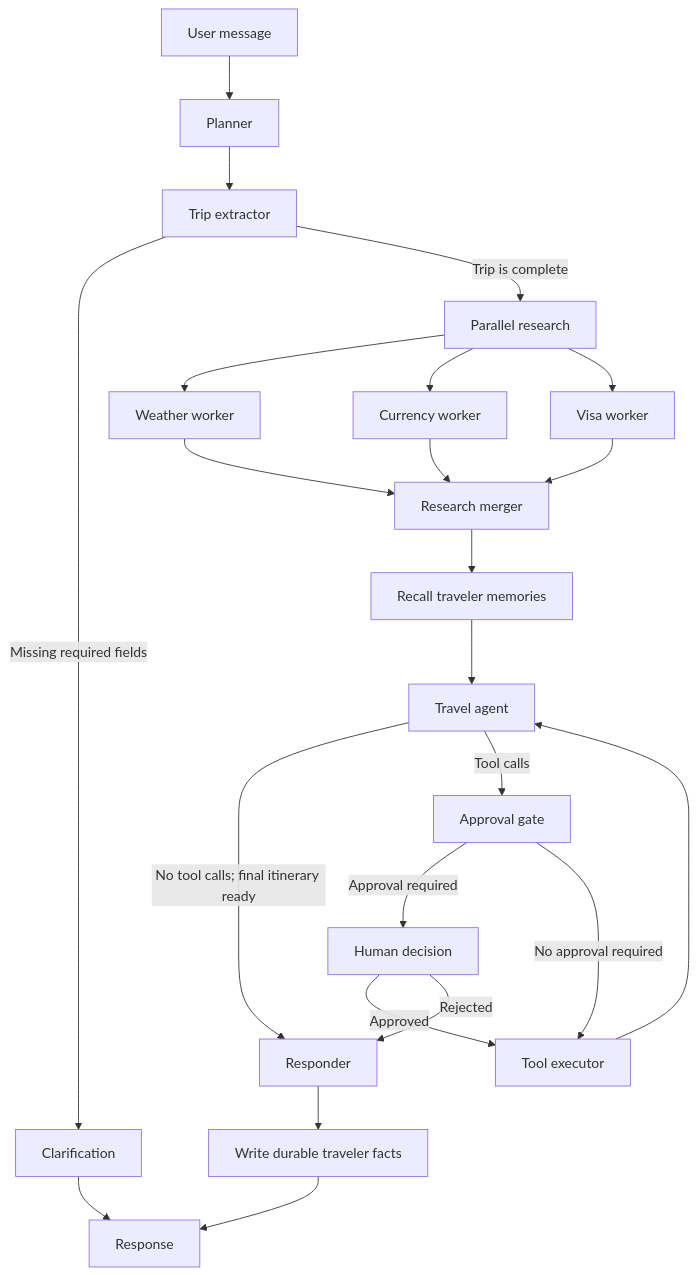
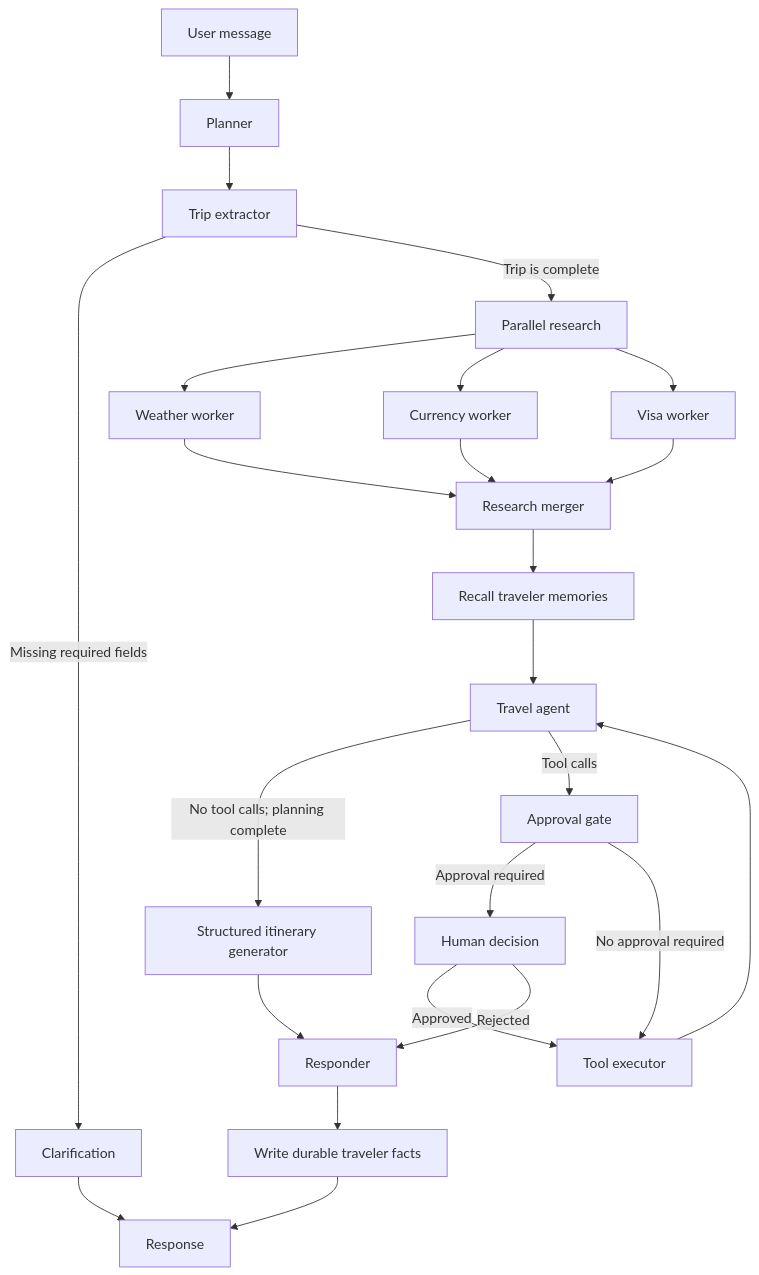
The diagram in README.md (NaimurRahmannn/TravelAI-Agent-v2-LangGraph), drawn with Mermaid before and after one commit. The commit also changed other lines of this file and 26 other files, not shown here.

Commit message:
feat: add structured itinerary foundation

````diff
--- a/README.md
+++ b/README.md
@@ -53,25 +53,26 @@
 ```mermaid
 flowchart TD
     A[User message] --> B[Planner]
     B --> C[Trip extractor]
     C -->|Missing required fields| D[Clarification]
     C -->|Trip is complete| E[Parallel research]
     E --> E1[Weather worker]
     E --> E2[Currency worker]
     E --> E3[Visa worker]
     E1 --> F[Research merger]
     E2 --> F
     E3 --> F
     F --> N[Recall traveler memories]
     N --> G[Travel agent]
-    G -->|No tool calls; final itinerary ready| L[Responder]
+    G -->|No tool calls; planning complete| P[Structured itinerary generator]
     G -->|Tool calls| I[Approval gate]
     I -->|Approval required| J[Human decision]
     I -->|No approval required| K[Tool executor]
     J -->|Approved| K
     J -->|Rejected| L[Responder]
     K --> G
+    P --> L
     D --> M[Response]
     L --> O[Write durable traveler facts]
     O --> M
 ```
````
